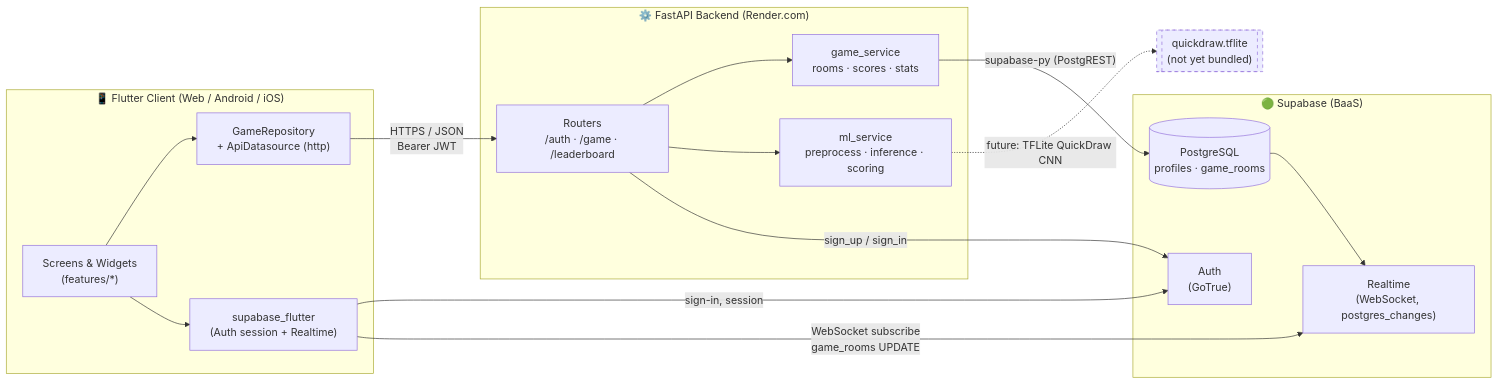
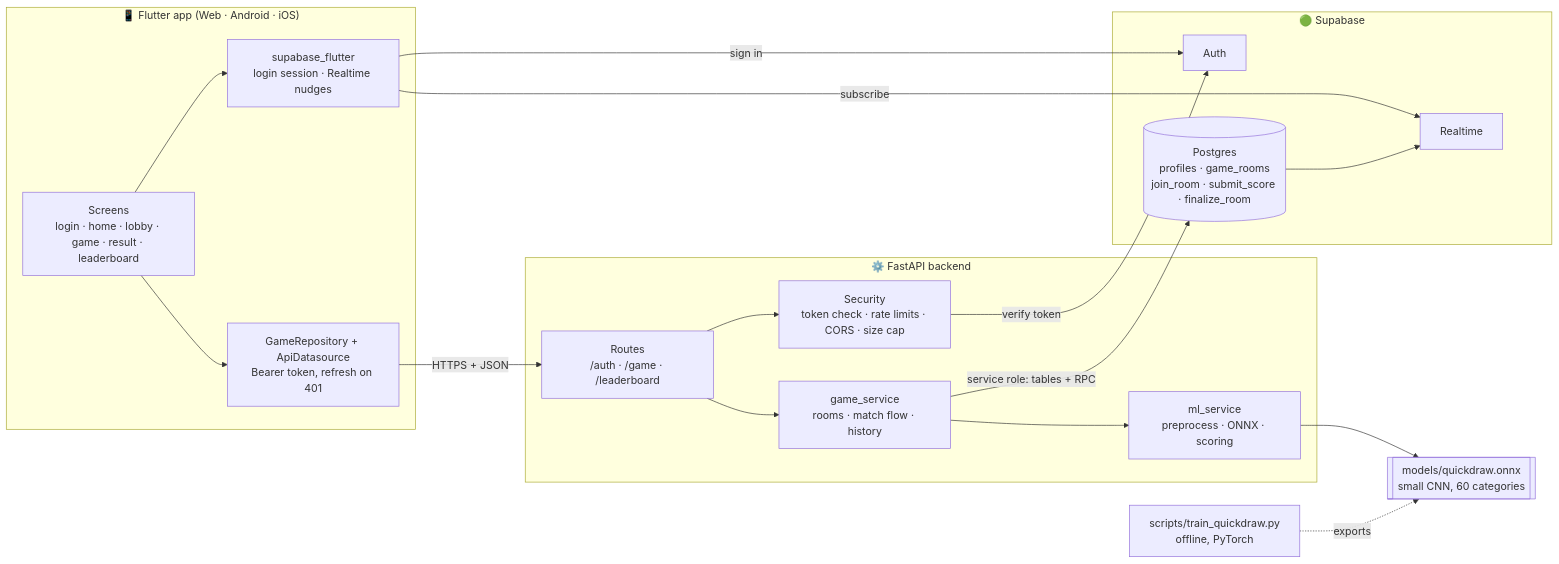
Before and after one commit to MuaazTasawar/sketchduel: the second of 8 diagrams in README.md, drawn with Mermaid. The commit also changed other lines of this file, not shown here.

Commit message:
docs: README for the hardened SketchDuel (architecture, API, scoring, AI model, testing, limitations)

````diff
--- a/README.md
+++ b/README.md
@@ -120,34 +117,37 @@
 ```mermaid
 flowchart LR
-    subgraph Client["📱 Flutter Client (Web / Android / iOS)"]
-        UI["Screens & Widgets<br/>(features/*)"]
-        Repo["GameRepository<br/>+ ApiDatasource (http)"]
-        SB_C["supabase_flutter<br/>(Auth session + Realtime)"]
+    subgraph Client["📱 Flutter app (Web · Android · iOS)"]
+        UI["Screens<br/>login · home · lobby · game · result · leaderboard"]
+        Repo["GameRepository + ApiDatasource<br/>Bearer token, refresh on 401"]
+        SBC["supabase_flutter<br/>login session · Realtime nudges"]
         UI --> Repo
-        UI --> SB_C
+        UI --> SBC
     end
 
-    subgraph API["⚙️ FastAPI Backend (Render.com)"]
-        Routers["Routers<br/>/auth · /game · /leaderboard"]
-        GameSvc["game_service<br/>rooms · scores · stats"]
-        MLSvc["ml_service<br/>preprocess · inference · scoring"]
-        Routers --> GameSvc
-        Routers --> MLSvc
+    subgraph API["⚙️ FastAPI backend"]
+        Routes["Routes<br/>/auth · /game · /leaderboard"]
+        Sec["Security<br/>token check · rate limits · CORS · size cap"]
+        GS["game_service<br/>rooms · match flow · history"]
+        ML["ml_service<br/>preprocess · ONNX · scoring"]
+        Routes --> Sec
+        Routes --> GS
+        GS --> ML
     end
 
-    subgraph Supabase["🟢 Supabase (BaaS)"]
-        Auth["Auth<br/>(GoTrue)"]
-        PG[("PostgreSQL<br/>profiles · game_rooms")]
-        RT["Realtime<br/>(WebSocket, postgres_changes)"]
+    subgraph SB["🟢 Supabase"]
+        Auth["Auth"]
+        PG[("Postgres<br/>profiles · game_rooms<br/>join_room · submit_score · finalize_room")]
+        RT["Realtime"]
         PG --> RT
     end
 
-    Repo -- "HTTPS / JSON<br/>Bearer JWT" --> Routers
-    SB_C -- "sign-in, session" --> Auth
-    SB_C -- "WebSocket subscribe<br/>game_rooms UPDATE" --> RT
-    GameSvc -- "supabase-py (PostgREST)" --> PG
-    Routers -- "sign_up / sign_in" --> Auth
-    MLSvc -. "future: TFLite QuickDraw CNN" .-> Model[["quickdraw.tflite<br/>(not yet bundled)"]]
+    Model[["models/quickdraw.onnx<br/>small CNN, 60 categories"]]
+    Train["scripts/train_quickdraw.py<br/>offline, PyTorch"] -. exports .-> Model
 
-    style Model stroke-dasharray: 5 5
+    Repo -- "HTTPS + JSON" --> Routes
+    SBC -- "sign in" --> Auth
+    SBC -- "subscribe" --> RT
+    Sec -- "verify token" --> Auth
+    GS -- "service role: tables + RPC" --> PG
+    ML --> Model
 ```
````
